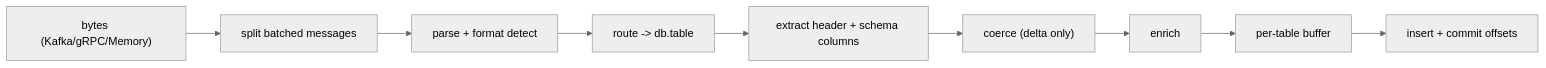
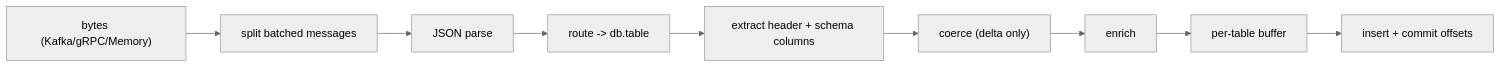
The diagram in docs/pipeline/OVERVIEW.md (hyperi-io/dfe-loader), drawn with Mermaid (neutral theme) before and after one commit. The commit also changed other lines of this file and 56 other files, not shown here.

````diff
--- a/docs/pipeline/OVERVIEW.md
+++ b/docs/pipeline/OVERVIEW.md
@@ -19,13 +19,13 @@
 ```mermaid
 flowchart LR
     M["bytes (Kafka/gRPC/Memory)"]
     S["split batched messages"]
-    P["parse + format detect"]
+    P["JSON parse"]
     R["route -> db.table"]
     X["extract header + schema columns"]
     C["coerce (delta only)"]
     E["enrich"]
     B["per-table buffer"]
     I["insert + commit offsets"]
     M --> S --> P --> R --> X --> C --> E --> B --> I
 ```
````
